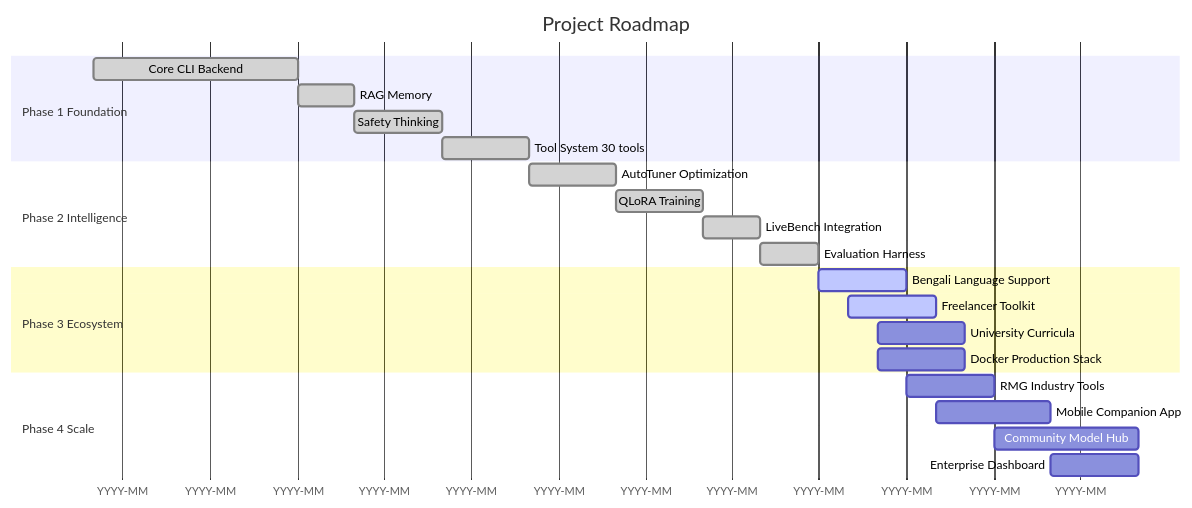
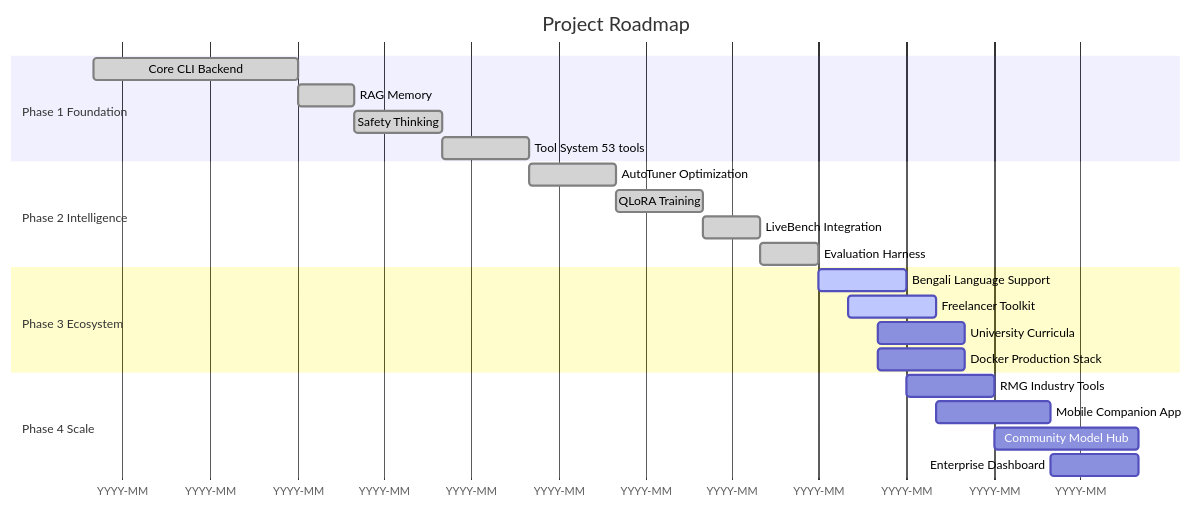
One commit to rbkhan007/Photato-Phi-3-Custom-Model changed diagram 13 of 14 in README.md. Above: the diagram before and after it, drawn with Mermaid. The commit also changed other lines of this file, not shown here.

First line of the commit message:
docs: Full README overhaul — TUI, 53 tools, 459 tests, benchmark results

````diff
--- a/README.md
+++ b/README.md
@@ -1281,30 +1353,30 @@
 ```mermaid
 gantt
     title Project Roadmap
     dateFormat  YYYY-MM-DD
     axisFormat  YYYY-MM
 
     section Phase 1 Foundation
     Core CLI Backend           :done, 2024-06-01, 2025-01-01
     RAG Memory                 :done, 2025-01-01, 2025-03-01
     Safety Thinking            :done, 2025-03-01, 2025-06-01
-    Tool System 30 tools       :done, 2025-06-01, 2025-09-01
+    Tool System 53 tools       :done, 2025-06-01, 2025-09-01
 
     section Phase 2 Intelligence
     AutoTuner Optimization     :done, 2025-09-01, 2025-12-01
     QLoRA Training             :done, 2025-12-01, 2026-03-01
     LiveBench Integration      :done, 2026-03-01, 2026-05-01
     Evaluation Harness         :done, 2026-05-01, 2026-07-01
 
     section Phase 3 Ecosystem
     Bengali Language Support   :active, 2026-07-01, 2026-10-01
     Freelancer Toolkit         :active, 2026-08-01, 2026-11-01
     University Curricula       :2026-09-01, 2026-12-01
     Docker Production Stack    :2026-09-01, 2026-12-01
 
     section Phase 4 Scale
     RMG Industry Tools         :2026-10-01, 2027-01-01
     Mobile Companion App       :2026-11-01, 2027-03-01
     Community Model Hub        :2027-01-01, 2027-06-01
     Enterprise Dashboard       :2027-03-01, 2027-06-01
 ```
````
